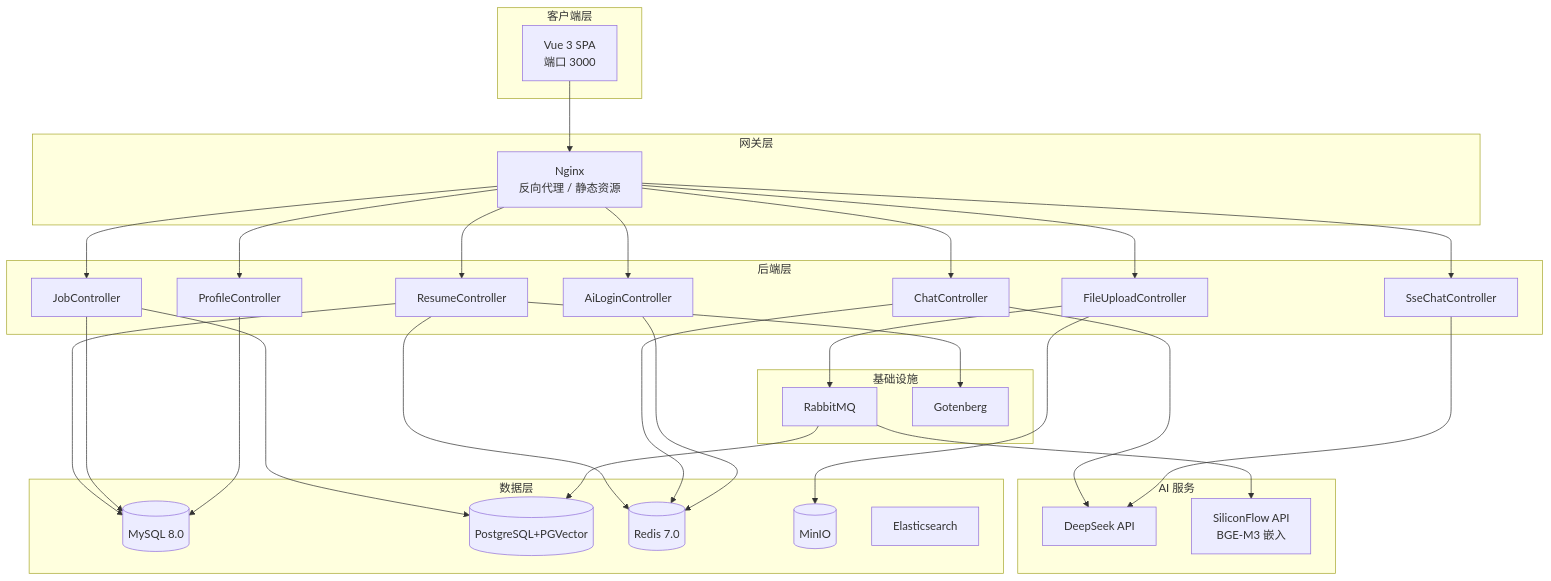
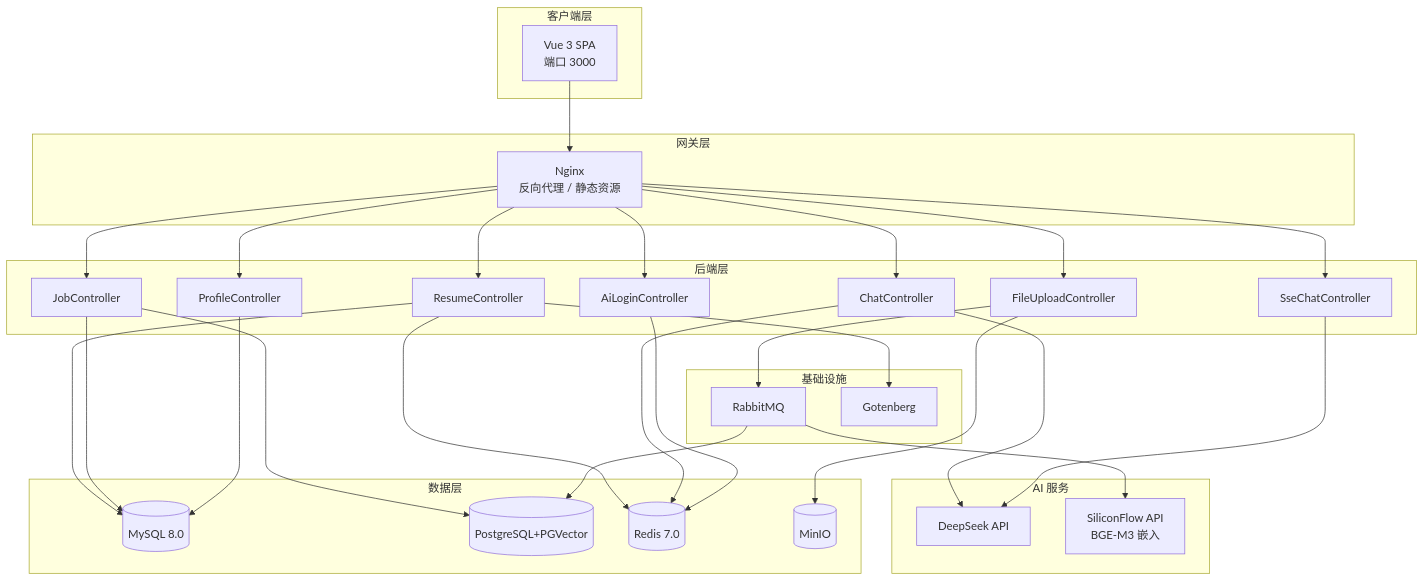
One commit to xiaoxiaoyu66/-resume-plus changed the diagram in README.md. Above: the diagram before and after it, drawn with Mermaid. The commit also changed other lines of this file and 2 other files, not shown here.

````diff
--- a/README.md
+++ b/README.md
@@ -227,49 +122,48 @@
 ```mermaid
 graph TB
     subgraph 客户端层
         A[Vue 3 SPA<br/>端口 3000]
     end
 
     subgraph 网关层
         C[Nginx<br/>反向代理 / 静态资源]
     end
 
     subgraph 后端层
         D[ResumeController]
         E[ChatController]
         F[SseChatController]
         G[FileUploadController]
         H[JobController]
         I[ProfileController]
         J[AiLoginController]
     end
 
     subgraph AI 服务
         K[DeepSeek API]
         L[SiliconFlow API<br/>BGE-M3 嵌入]
     end
 
     subgraph 数据层
         M[(MySQL 8.0)]
         N[(PostgreSQL+PGVector)]
         O[(Redis 7.0)]
         P[(MinIO)]
-        Q[Elasticsearch]
     end
 
     subgraph 基础设施
         R[RabbitMQ]
         S[Gotenberg]
     end
 
     A --> C
     C --> D & E & F & G & H & I & J
     D --> M & O & S
     E --> K & O
     F --> K
     G --> P & R
     H --> M & N
     I --> M
     J --> O
     R --> L & N
 ```
````
